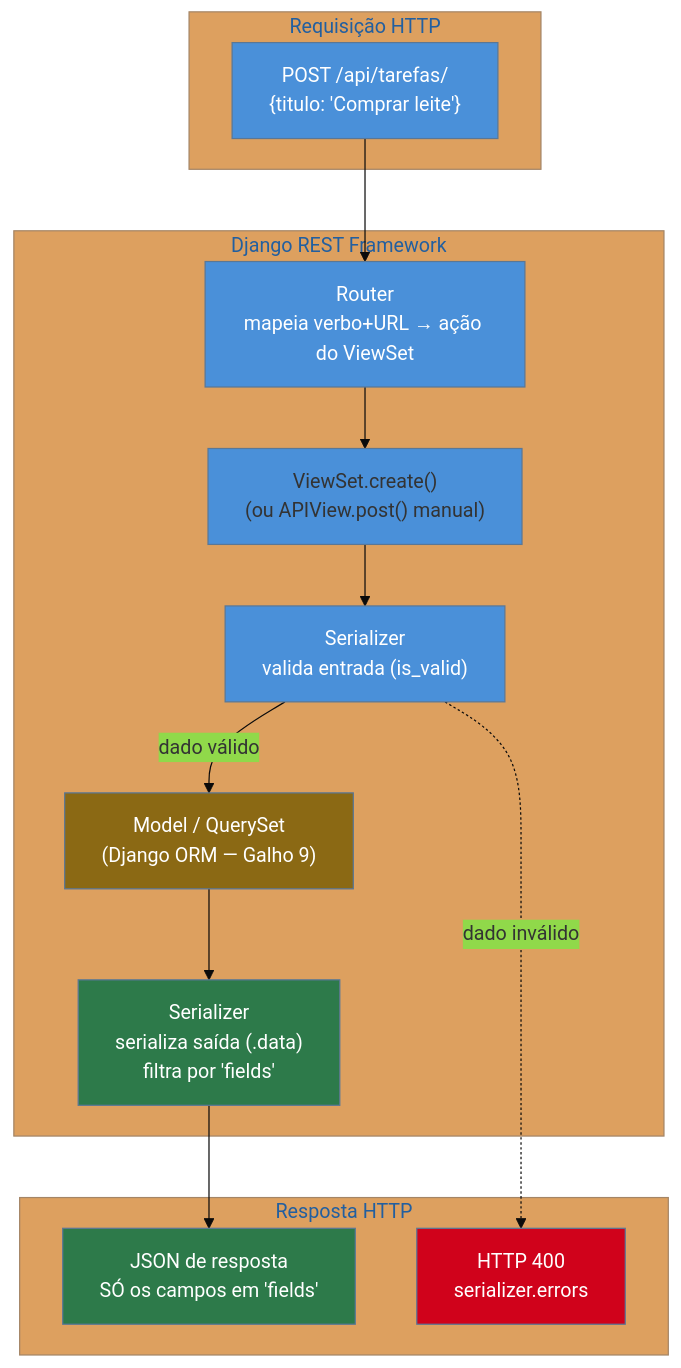
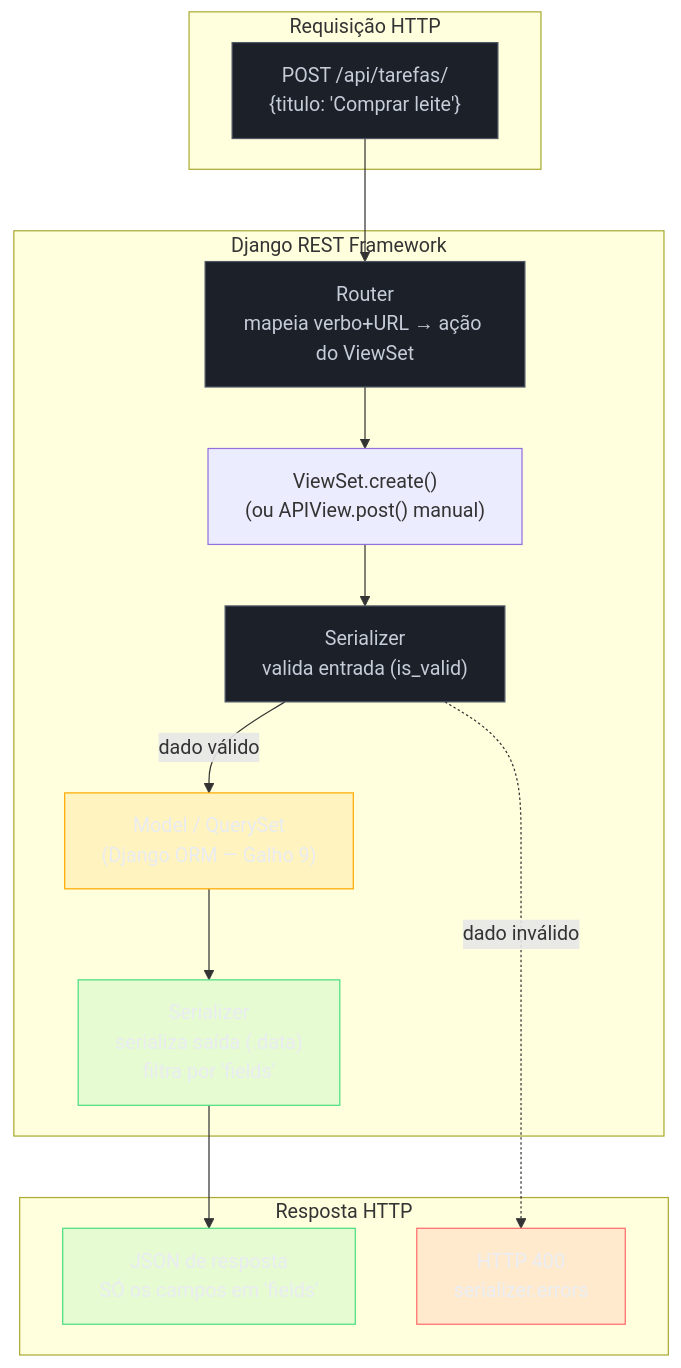
The diagram in 03-Dominios/Tecnologia/Python/Web e APIs REST/05 - Django REST Framework — serializers, viewsets e routers.md (josenaldo/codex-technomanticus), drawn with Mermaid before and after one commit. The commit also changed 1181 other files, not shown here.

First line of the commit message:
fix(diagramas): paleta do sistema no lugar de cor cravada no markdown

````diff
--- a/03-Dominios/Tecnologia/Python/Web e APIs REST/05 - Django REST Framework — serializers, viewsets e routers.md
+++ b/03-Dominios/Tecnologia/Python/Web e APIs REST/05 - Django REST Framework — serializers, viewsets e routers.md
@@ -347,33 +347,36 @@
 ```mermaid
-%%{init: {"theme": "base", "themeVariables": {"primaryColor": "#4A90D9"}}}%%
 flowchart TB
+    classDef neutro fill:#1B2029,stroke:#4E5666,color:#C6CCD8
+    classDef destaque fill:#FFAA0024,stroke:#FFAA00,color:#E9ECF2
+    classDef ok fill:#4ADE8021,stroke:#4ADE80,color:#E9ECF2
+    classDef falha fill:#FF6B6B24,stroke:#FF6B6B,color:#E9ECF2
     subgraph Cliente["Requisição HTTP"]
         REQ["POST /api/tarefas/\n{titulo: 'Comprar leite'}"]
     end
 
     subgraph DRF["Django REST Framework"]
         ROUTER["Router\nmapeia verbo+URL → ação do ViewSet"]
         VIEWSET["ViewSet.create()\n(ou APIView.post() manual)"]
         SER_IN["Serializer\nvalida entrada (is_valid)"]
         MODEL["Model / QuerySet\n(Django ORM — Galho 9)"]
         SER_OUT["Serializer\nserializa saída (.data)\nfiltra por 'fields'"]
     end
 
     subgraph Saida["Resposta HTTP"]
         JSON_OUT["JSON de resposta\nSÓ os campos em 'fields'"]
         ERRO["HTTP 400\nserializer.errors"]
     end
 
     REQ --> ROUTER --> VIEWSET --> SER_IN
     SER_IN -->|"dado válido"| MODEL
     SER_IN -.->|"dado inválido"| ERRO
     MODEL --> SER_OUT --> JSON_OUT
 
-    style REQ fill:#4A90D9,color:#fff
-    style ROUTER fill:#4A90D9,color:#fff
-    style SER_IN fill:#4A90D9,color:#fff
-    style MODEL fill:#8b6914,color:#fff
-    style SER_OUT fill:#2d7a4a,color:#fff
-    style JSON_OUT fill:#2d7a4a,color:#fff
-    style ERRO fill:#D0021B,color:#fff
+    class REQ neutro
+    class ROUTER neutro
+    class SER_IN neutro
+    class MODEL destaque
+    class SER_OUT ok
+    class JSON_OUT ok
+    class ERRO falha
 ```
````
